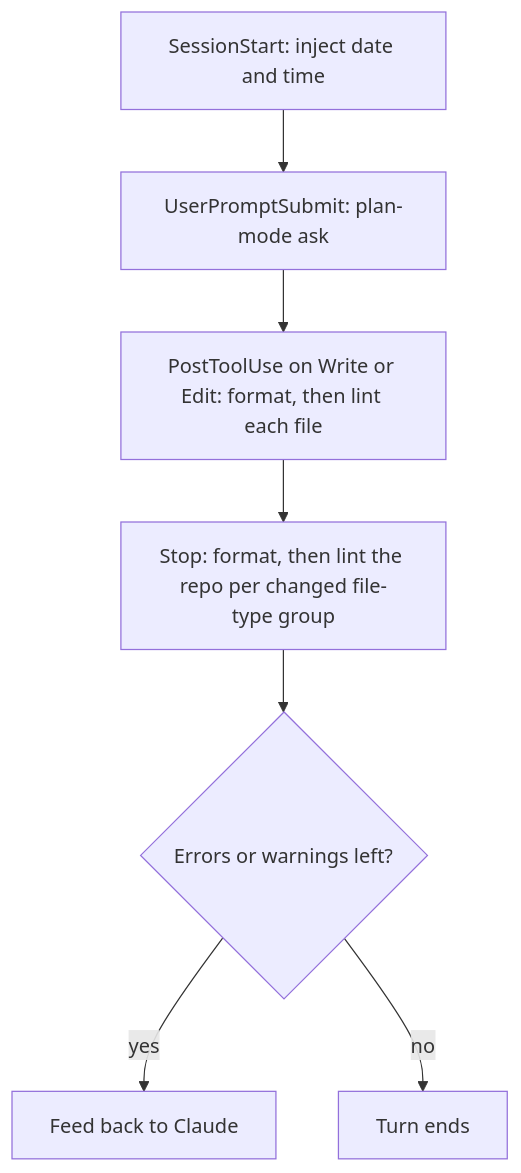
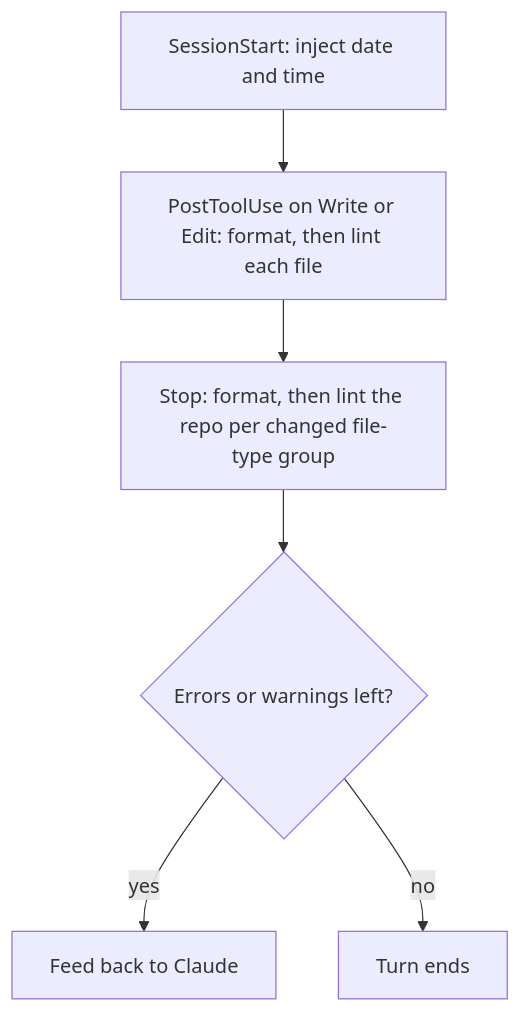
One commit to patrickquijano/claude-dev-kit changed the diagram in README.md. Above: the diagram before and after it, drawn with Mermaid. The commit also changed other lines of this file and 187 other files, not shown here.

````diff
--- a/README.md
+++ b/README.md
@@ -119,9 +121,8 @@
 ```mermaid
 flowchart TD
-    A["SessionStart: inject date and time"] --> B["UserPromptSubmit: plan-mode ask"]
-    B --> K["PostToolUse on Write or Edit: format, then lint each file"]
+    A["SessionStart: inject date and time"] --> K["PostToolUse on Write or Edit: format, then lint each file"]
     K --> L["Stop: format, then lint the repo per changed file-type group"]
     L --> M{"Errors or warnings left?"}
     M -- yes --> N["Feed back to Claude"]
     M -- no --> O["Turn ends"]
 ```
````
